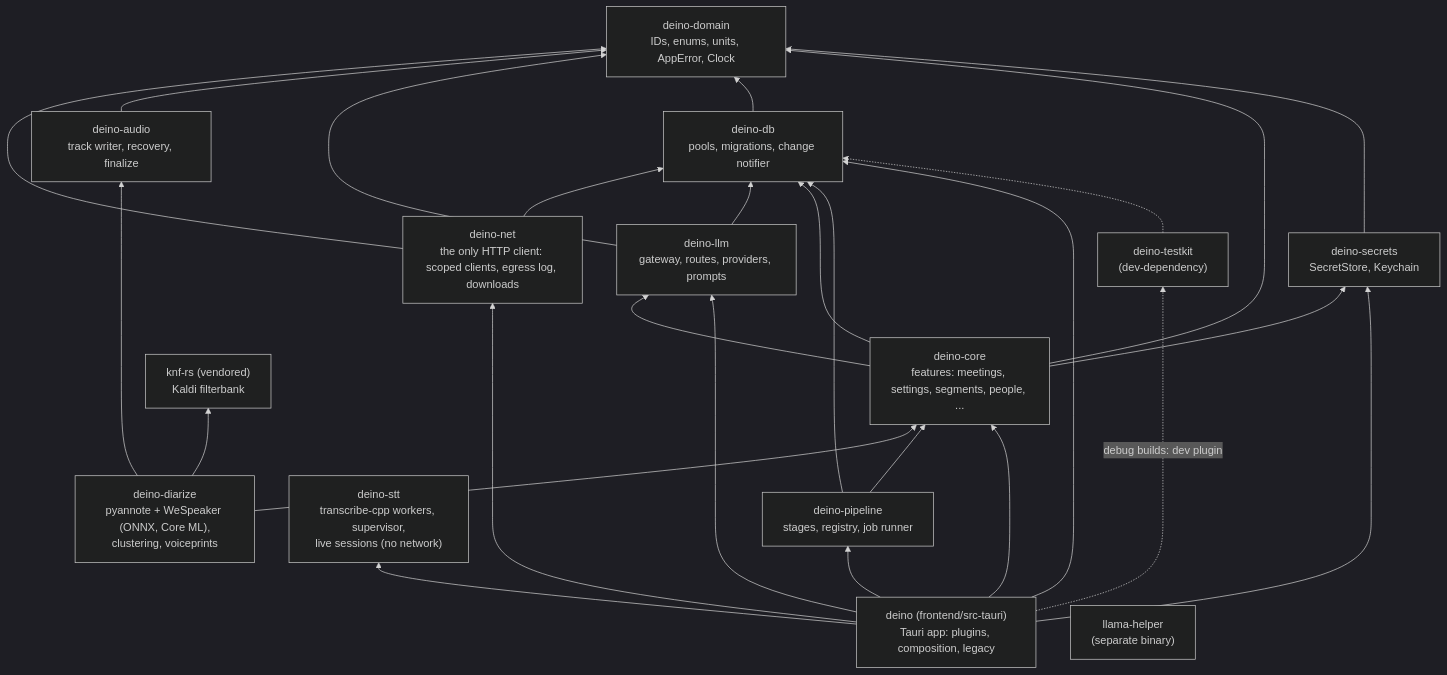
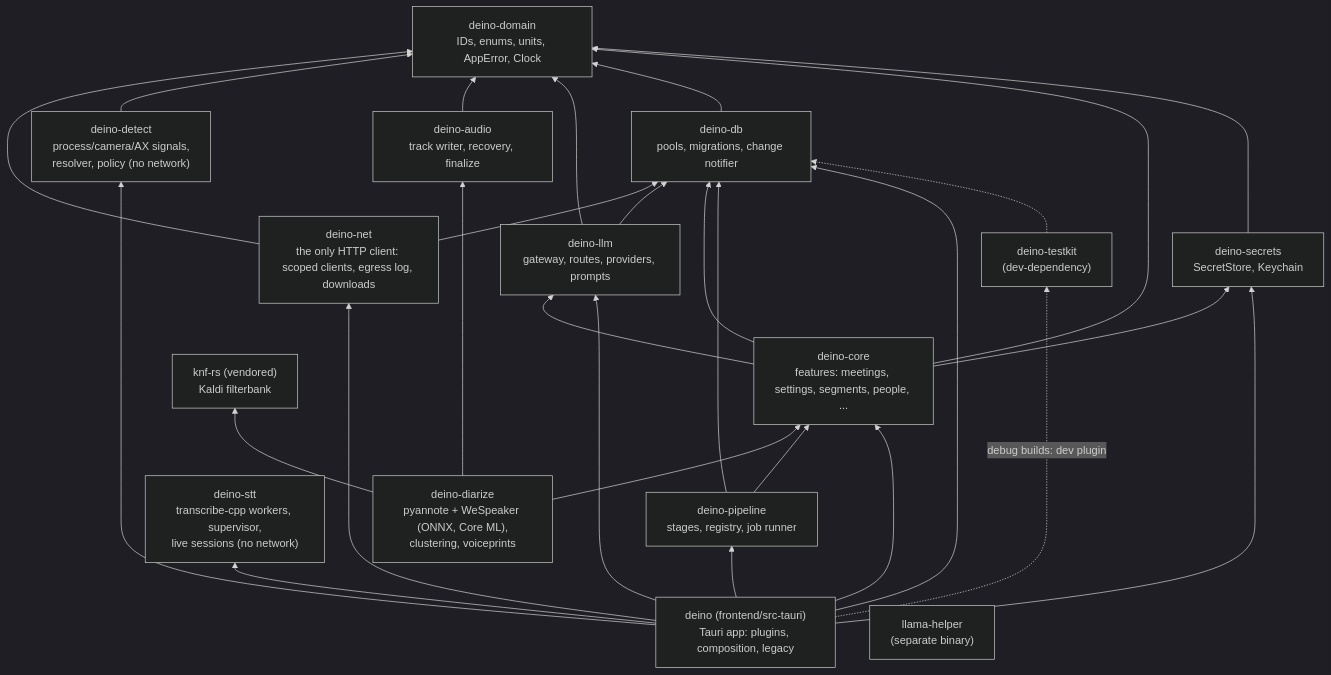
The second of 8 diagrams in docs/ARCHITECTURE.md (xenshreyas/Deino), drawn with Mermaid (dark theme) before and after one commit. The commit also changed other lines of this file and 6 other files, not shown here.

Commit message:
docs(detect): CAP-06 ADR 0021, architecture, notices; split the policy transitions

````diff
--- a/docs/ARCHITECTURE.md
+++ b/docs/ARCHITECTURE.md
@@ -55,42 +61,45 @@
 ```mermaid
 flowchart BT
   domain["deino-domain<br/>IDs, enums, units, AppError, Clock"]
   db["deino-db<br/>pools, migrations, change notifier"]
   core["deino-core<br/>features: meetings, settings, segments, people, ..."]
   secrets["deino-secrets<br/>SecretStore, Keychain"]
   pipeline["deino-pipeline<br/>stages, registry, job runner"]
   testkit["deino-testkit<br/>(dev-dependency)"]
   stt["deino-stt<br/>transcribe-cpp workers, supervisor,<br/>live sessions (no network)"]
   app["deino (frontend/src-tauri)<br/>Tauri app: plugins, composition, legacy"]
   helper["llama-helper<br/>(separate binary)"]
   audio["deino-audio<br/>track writer, recovery, finalize"]
   llm["deino-llm<br/>gateway, routes, providers, prompts"]
   net["deino-net<br/>the only HTTP client: scoped clients, egress log, downloads"]
   net --> db
   net --> domain
   app --> net
   diarize["deino-diarize<br/>pyannote + WeSpeaker (ONNX, Core ML),<br/>clustering, voiceprints"]
+  detect["deino-detect<br/>process/camera/AX signals,<br/>resolver, policy (no network)"]
+  detect --> domain
+  app --> detect
   knf["knf-rs (vendored)<br/>Kaldi filterbank"]
   diarize --> core
   diarize --> audio
   diarize --> knf
   audio --> domain
   llm --> db
   llm --> domain
   core --> llm
   app --> llm
   db --> domain
   core --> db
   core --> domain
   core --> secrets
   secrets --> domain
   pipeline --> core
   pipeline --> db
   app --> pipeline
   app --> core
   app --> db
   app --> secrets
   app --> stt
   app -. "debug builds: dev plugin" .-> testkit
   testkit -.-> db
 ```
````
